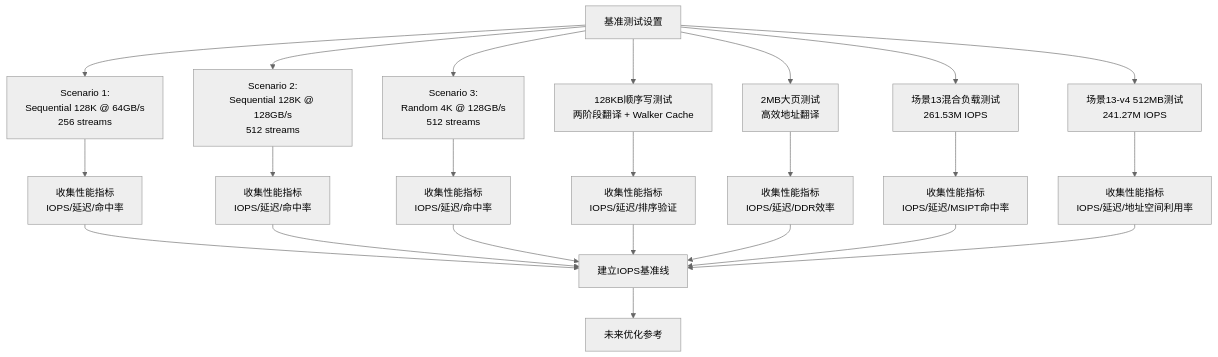
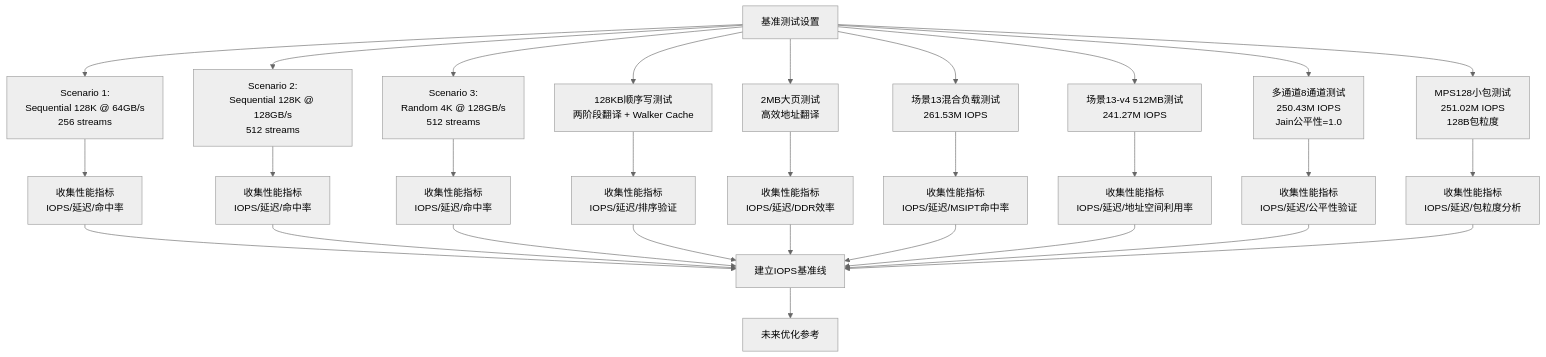
One commit to jiangjiang1122/iommu_model_20260401_v1 changed diagram 15 of 25 in .qoder/repowiki/zh/content/测试与验证/性能测试/性能测试.md. Above: the diagram before and after it, drawn with Mermaid (neutral theme). The commit also changed other lines of this file and 55 other files, not shown here.

````diff
--- a/.qoder/repowiki/zh/content/测试与验证/性能测试/性能测试.md
+++ b/.qoder/repowiki/zh/content/测试与验证/性能测试/性能测试.md
@@ -782,25 +1137,31 @@
 ```mermaid
 flowchart TD
 BenchmarkSetup["基准测试设置"] --> Scenario1["Scenario 1:<br/>Sequential 128K @ 64GB/s<br/>256 streams"]
 BenchmarkSetup --> Scenario2["Scenario 2:<br/>Sequential 128K @ 128GB/s<br/>512 streams"]
 BenchmarkSetup --> Scenario3["Scenario 3:<br/>Random 4K @ 128GB/s<br/>512 streams"]
 BenchmarkSetup --> WriteTest["128KB顺序写测试<br/>两阶段翻译 + Walker Cache"]
 BenchmarkSetup --> HugePageTest["2MB大页测试<br/>高效地址翻译"]
 BenchmarkSetup --> MSITest["场景13混合负载测试<br/>261.53M IOPS"]
 BenchmarkSetup --> Scene13v4["场景13-v4 512MB测试<br/>241.27M IOPS"]
+BenchmarkSetup --> MultiChan["多通道8通道测试<br/>250.43M IOPS<br/>Jain公平性=1.0"]
+BenchmarkSetup --> MPS128["MPS128小包测试<br/>251.02M IOPS<br/>128B包粒度"]
 Scenario1 --> Metrics1["收集性能指标<br/>IOPS/延迟/命中率"]
 Scenario2 --> Metrics2["收集性能指标<br/>IOPS/延迟/命中率"]
 Scenario3 --> Metrics3["收集性能指标<br/>IOPS/延迟/命中率"]
 WriteTest --> Metrics4["收集性能指标<br/>IOPS/延迟/排序验证"]
 HugePageTest --> Metrics5["收集性能指标<br/>IOPS/延迟/DDR效率"]
 MSITest --> Metrics6["收集性能指标<br/>IOPS/延迟/MSIPT命中率"]
 Scene13v4 --> Metrics7["收集性能指标<br/>IOPS/延迟/地址空间利用率"]
+MultiChan --> Metrics8["收集性能指标<br/>IOPS/延迟/公平性验证"]
+MPS128 --> Metrics9["收集性能指标<br/>IOPS/延迟/包粒度分析"]
 Metrics1 --> Baseline["建立IOPS基准线"]
 Metrics2 --> Baseline
 Metrics3 --> Baseline
 Metrics4 --> Baseline
 Metrics5 --> Baseline
 Metrics6 --> Baseline
 Metrics7 --> Baseline
+Metrics8 --> Baseline
+Metrics9 --> Baseline
 Baseline --> FutureOptimization["未来优化参考"]
 ```
````
